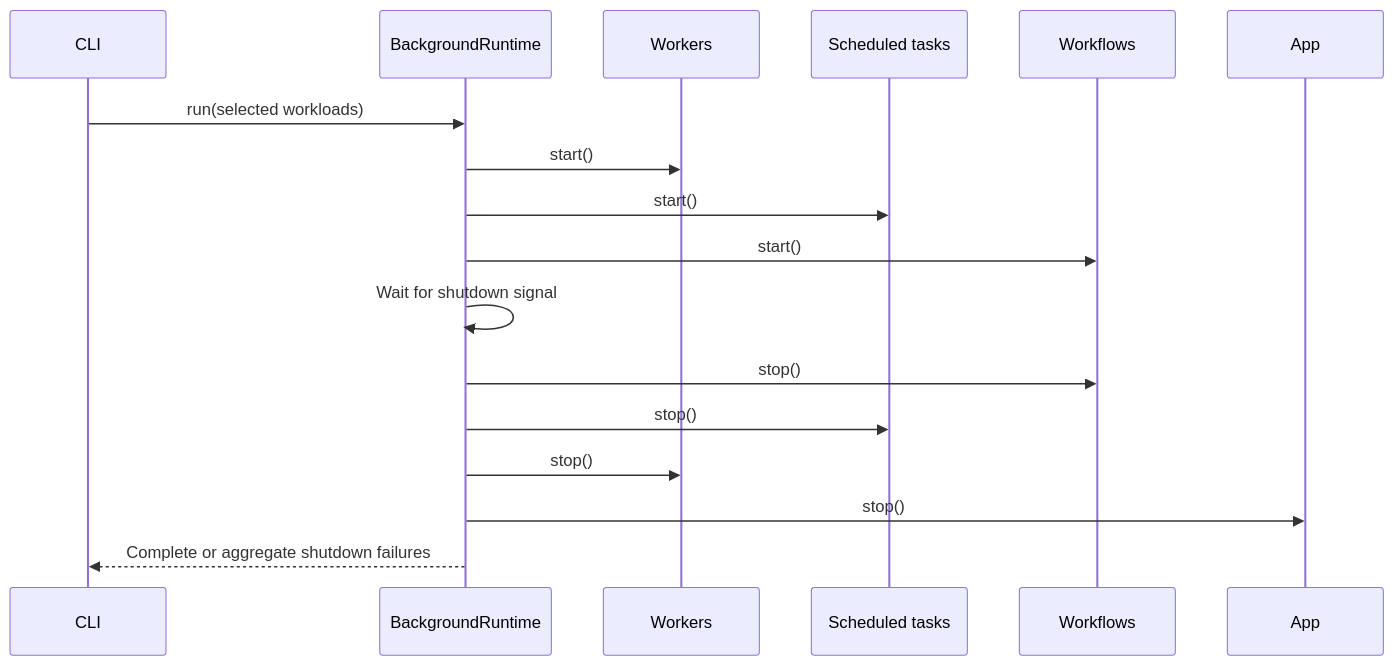
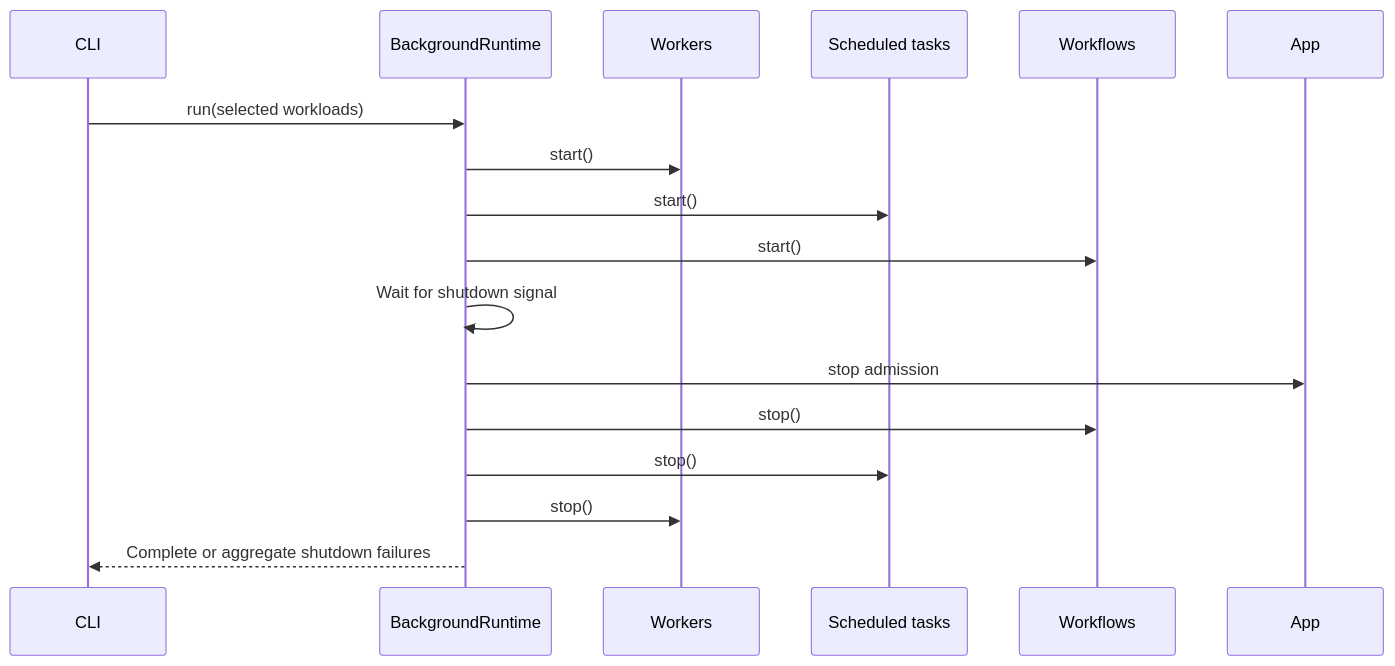
The second of 2 diagrams in docs/implementation/background.md (antarestupin/kestrel-framework), drawn with Mermaid before and after one commit. The commit also changed other lines of this file and 103 other files, not shown here.

````diff
--- a/docs/implementation/background.md
+++ b/docs/implementation/background.md
@@ -44,20 +44,20 @@
 ```mermaid
 sequenceDiagram
     participant CLI
     participant Background as BackgroundRuntime
     participant Workers
     participant Tasks as Scheduled tasks
     participant Workflows
     participant App
 
     CLI->>Background: run(selected workloads)
     Background->>Workers: start()
     Background->>Tasks: start()
     Background->>Workflows: start()
     Background->>Background: Wait for shutdown signal
+    Background->>App: stop admission
     Background->>Workflows: stop()
     Background->>Tasks: stop()
     Background->>Workers: stop()
-    Background->>App: stop()
     Background-->>CLI: Complete or aggregate shutdown failures
 ```
````
